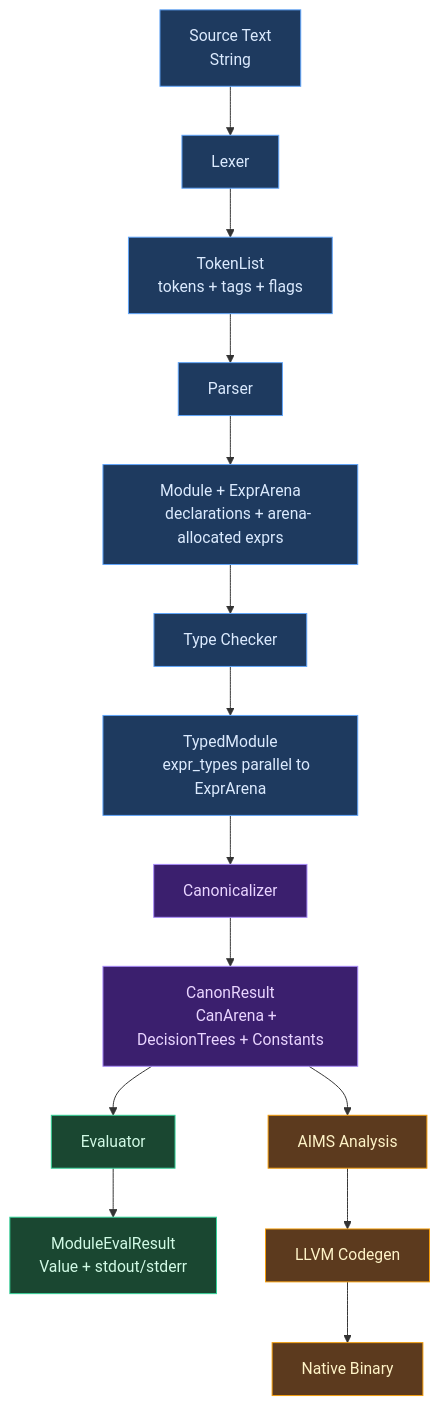
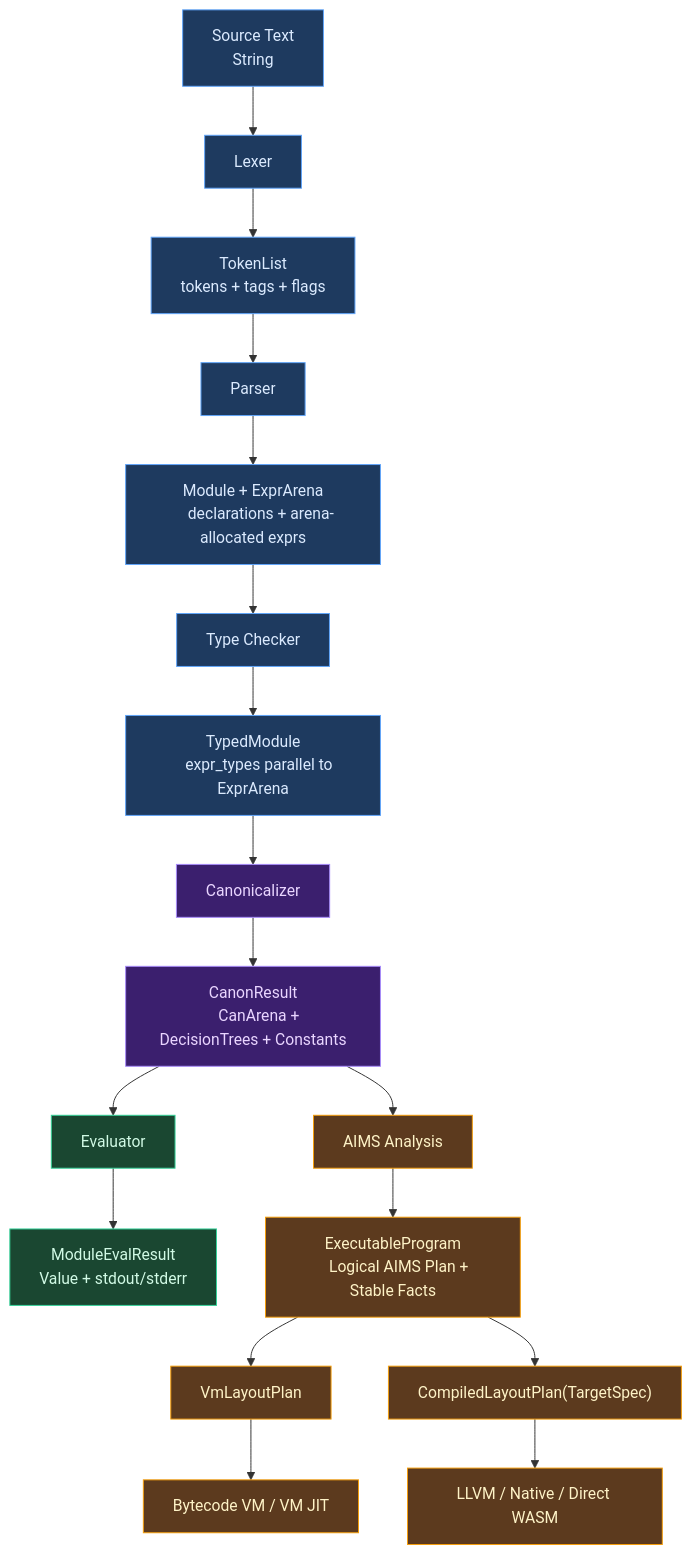
One commit to upstat-io/ori-lang changed the first of 2 diagrams in docs/compiler/design/01-architecture/data-flow.md. Above: the diagram before and after it, drawn with Mermaid. The commit also changed other lines of this file and 686 other files, not shown here.

````diff
--- a/docs/compiler/design/01-architecture/data-flow.md
+++ b/docs/compiler/design/01-architecture/data-flow.md
@@ -52,32 +52,36 @@
 ```mermaid
 flowchart TB
     A["Source Text
     String"] --> B["Lexer"]
     B --> C["TokenList
     tokens + tags + flags"]
     C --> D["Parser"]
     D --> E["Module + ExprArena
     declarations + arena-allocated exprs"]
     E --> F["Type Checker"]
     F --> G["TypedModule
     expr_types parallel to ExprArena"]
     G --> H["Canonicalizer"]
     H --> I["CanonResult
     CanArena + DecisionTrees + Constants"]
     I --> J["Evaluator"]
     J --> K["ModuleEvalResult
     Value + stdout/stderr"]
     I --> L["AIMS Analysis"]
-    L --> M["LLVM Codegen"]
-    M --> N["Native Binary"]
+    L --> M["ExecutableProgram
+    Logical AIMS Plan + Stable Facts"]
+    M --> VP["VmLayoutPlan"]
+    M --> CP["CompiledLayoutPlan(TargetSpec)"]
+    VP --> N["Bytecode VM / VM JIT"]
+    CP --> O["LLVM / Native / Direct WASM"]
 
     classDef frontend fill:#1e3a5f,stroke:#60a5fa,color:#dbeafe
     classDef canon fill:#3b1f6e,stroke:#a78bfa,color:#e9d5ff
     classDef interpreter fill:#1a4731,stroke:#34d399,color:#d1fae5
     classDef native fill:#5c3a1e,stroke:#f59e0b,color:#fef3c7
 
     class A,B,C,D,E,F,G frontend
     class H,I canon
     class J,K interpreter
-    class L,M,N native
+    class L,M,VP,CP,N,O native
 ```
````
